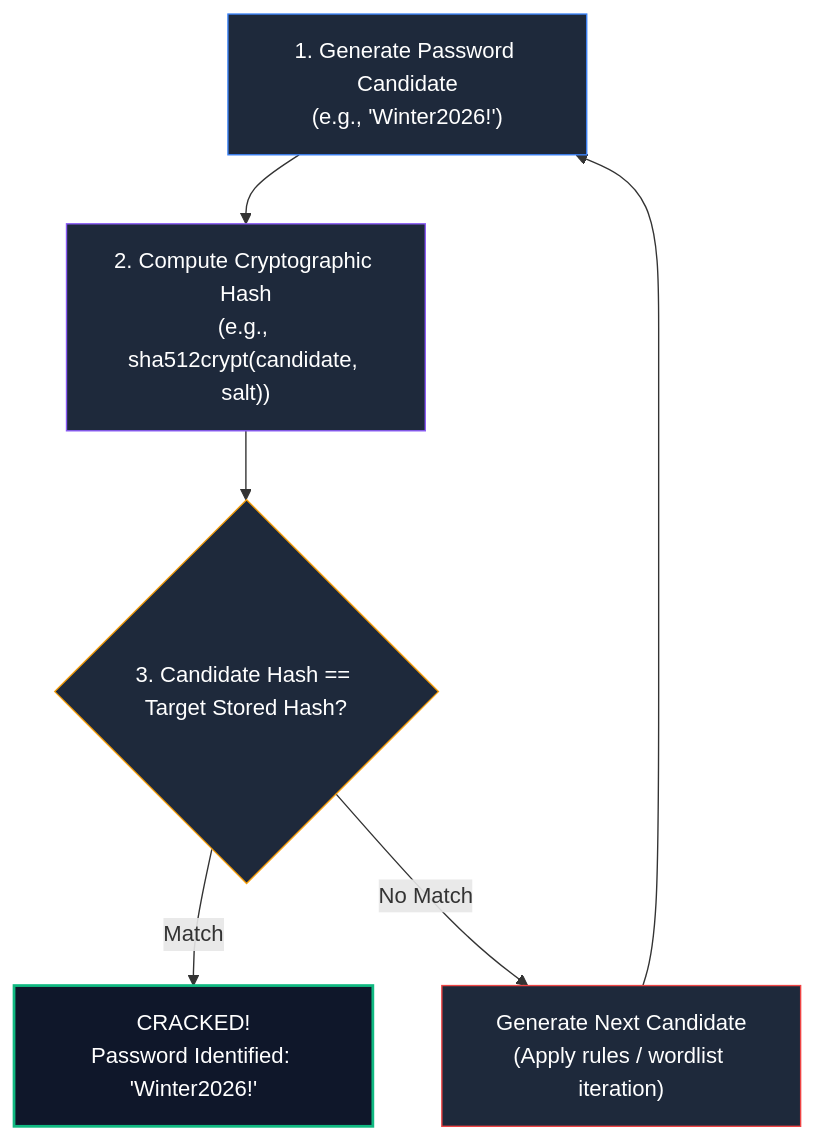
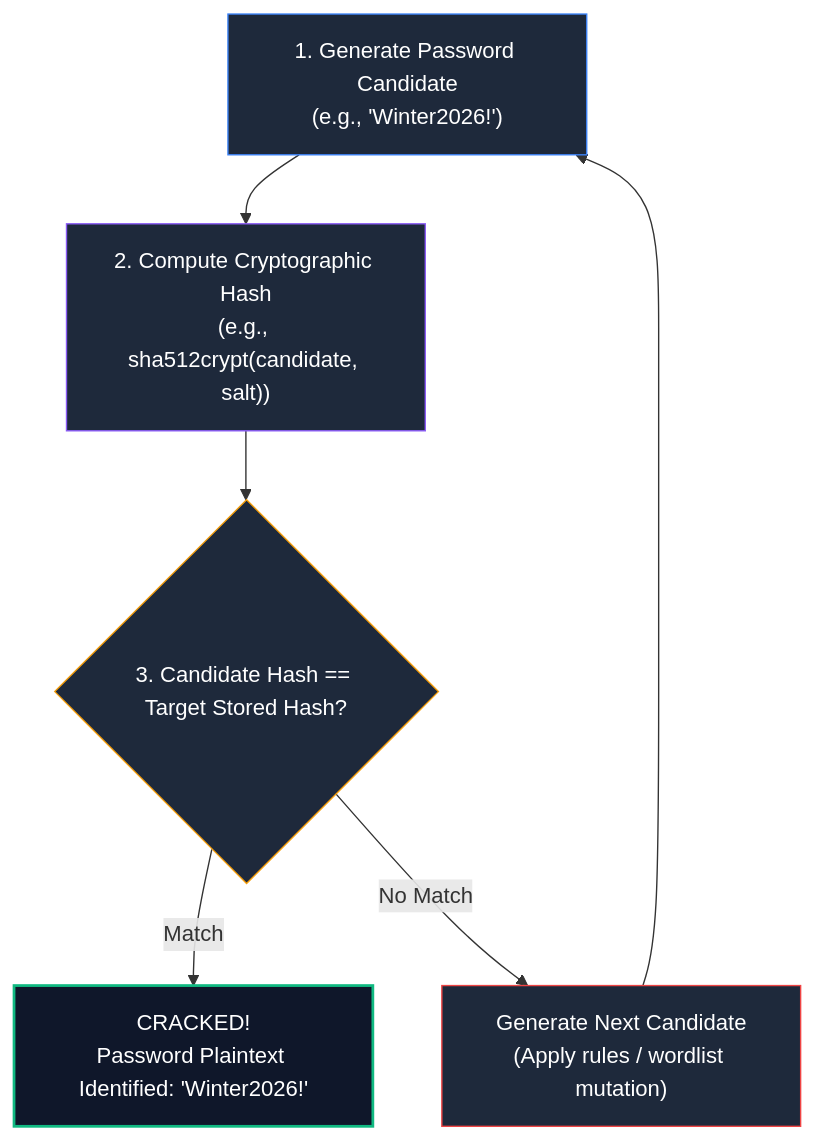
Before and after one commit to sivaoffl04/Cyber-Blog: the first of 4 diagrams in tools/John the ripper/John_the_Ripper_A-Z_Complete_Cybersecurity_Course.md, drawn with Mermaid. The commit also changed other lines of this file, not shown here.

Commit message:
Enhance John the Ripper A-Z course with full 34-section content, visuals, and diagrams

````diff
--- a/tools/John the ripper/John_the_Ripper_A-Z_Complete_Cybersecurity_Course.md
+++ b/tools/John the ripper/John_the_Ripper_A-Z_Complete_Cybersecurity_Course.md
@@ -79,16 +145,16 @@
 ```mermaid
 flowchart TD
     Candidate["1. Generate Password Candidate\n(e.g., 'Winter2026!')"]
     --> HashAlgo["2. Compute Cryptographic Hash\n(e.g., sha512crypt(candidate, salt))"]
     --> Compare{"3. Candidate Hash == Target Stored Hash?"}
     
-    Compare -- Match --> Recovered["CRACKED!\nPassword Identified: 'Winter2026!'"]
-    Compare -- No Match --> Next["Generate Next Candidate\n(Apply rules / wordlist iteration)"]
+    Compare -- Match --> Recovered["CRACKED!\nPassword Plaintext Identified: 'Winter2026!'"]
+    Compare -- No Match --> Next["Generate Next Candidate\n(Apply rules / wordlist mutation)"]
     Next --> Candidate
 
     style Candidate fill:#1e293b,stroke:#3b82f6,color:#fff
     style HashAlgo fill:#1e293b,stroke:#8b5cf6,color:#fff
     style Compare fill:#1e293b,stroke:#f59e0b,color:#fff
     style Recovered fill:#0f172a,stroke:#10b981,stroke-width:2px,color:#fff
     style Next fill:#1e293b,stroke:#ef4444,color:#fff
 ```
````
